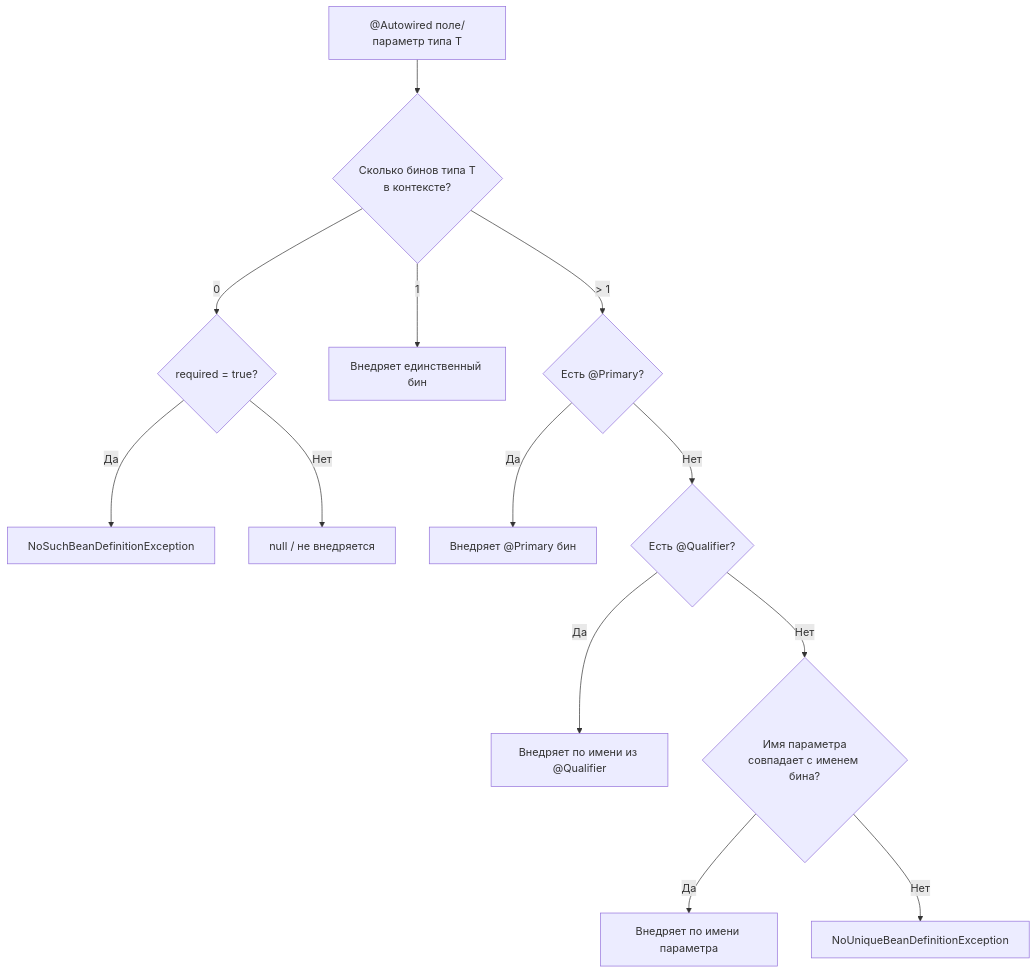
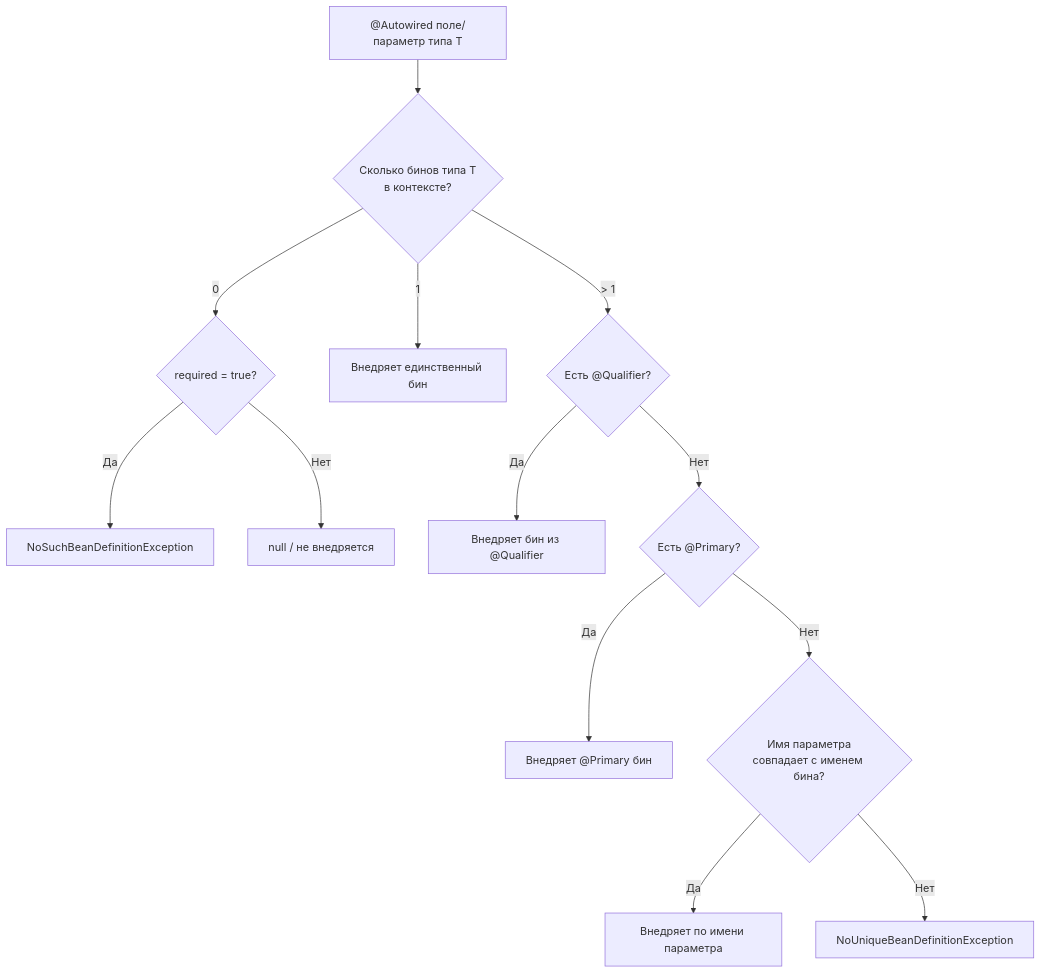
The sixth of 10 diagrams in cheatsheets/interview/frameworks/spring/spring-framework-interview.md (akeverus/cheat-sheet), drawn with Mermaid before and after one commit. The commit also changed other lines of this file and 1 other file, not shown here.

First paragraph of the commit message:
pedago(mcq): spring-framework — 41 блок с нуля, круг 1; 4 дефекта теории по артефактам
Файл крупный (41 блок, 1880 строк), приёмка не заявлена — манифест остаётся TODO.

````diff
--- a/cheatsheets/interview/frameworks/spring/spring-framework-interview.md
+++ b/cheatsheets/interview/frameworks/spring/spring-framework-interview.md
@@ -517,15 +519,15 @@
 ```mermaid
 graph TD
     A["@Autowired поле/параметр типа T"] --> B{"Сколько бинов типа T<br/>в контексте?"}
     B -->|"0"| C{"required = true?"}
     C -->|"Да"| D["NoSuchBeanDefinitionException"]
     C -->|"Нет"| E["null / не внедряется"]
     B -->|"1"| F["Внедряет единственный бин"]
-    B -->|"> 1"| G{"Есть @Primary?"}
+    B -->|"> 1"| I{"Есть @Qualifier?"}
+    I -->|"Да"| J["Внедряет бин из @Qualifier"]
+    I -->|"Нет"| G{"Есть @Primary?"}
     G -->|"Да"| H["Внедряет @Primary бин"]
-    G -->|"Нет"| I{"Есть @Qualifier?"}
-    I -->|"Да"| J["Внедряет по имени из @Qualifier"]
-    I -->|"Нет"| K{"Имя параметра<br/>совпадает с именем бина?"}
+    G -->|"Нет"| K{"Имя параметра<br/>совпадает с именем бина?"}
     K -->|"Да"| L["Внедряет по имени параметра"]
     K -->|"Нет"| M["NoUniqueBeanDefinitionException"]
 ```
````
